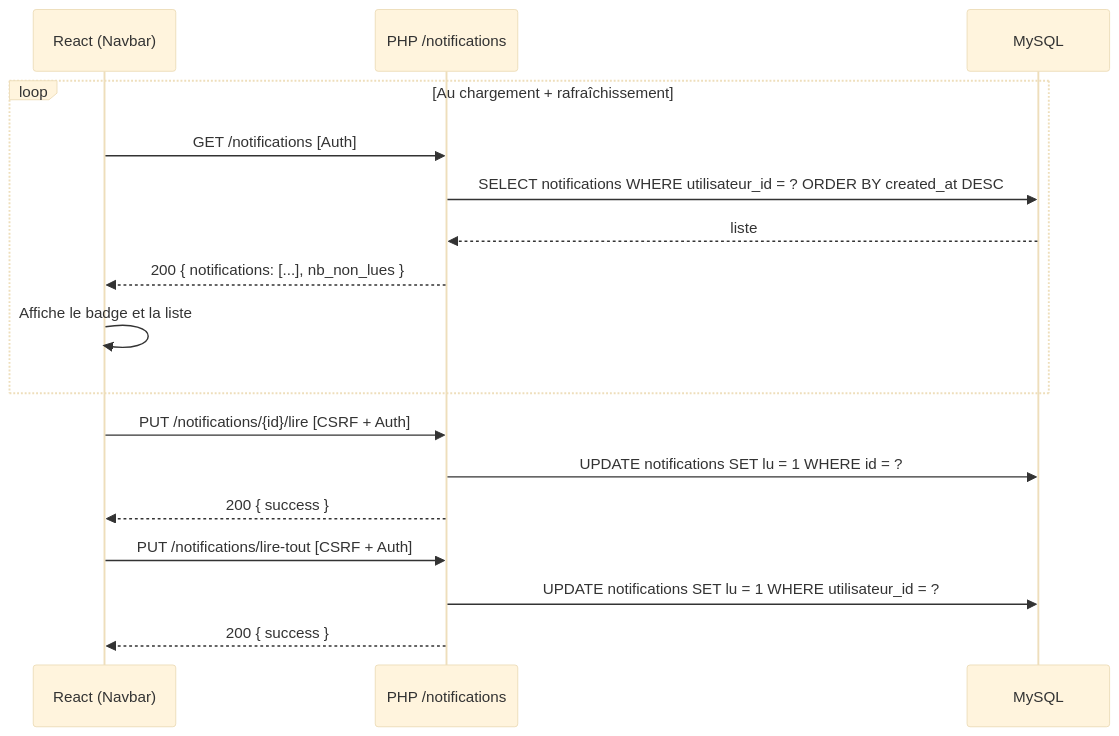
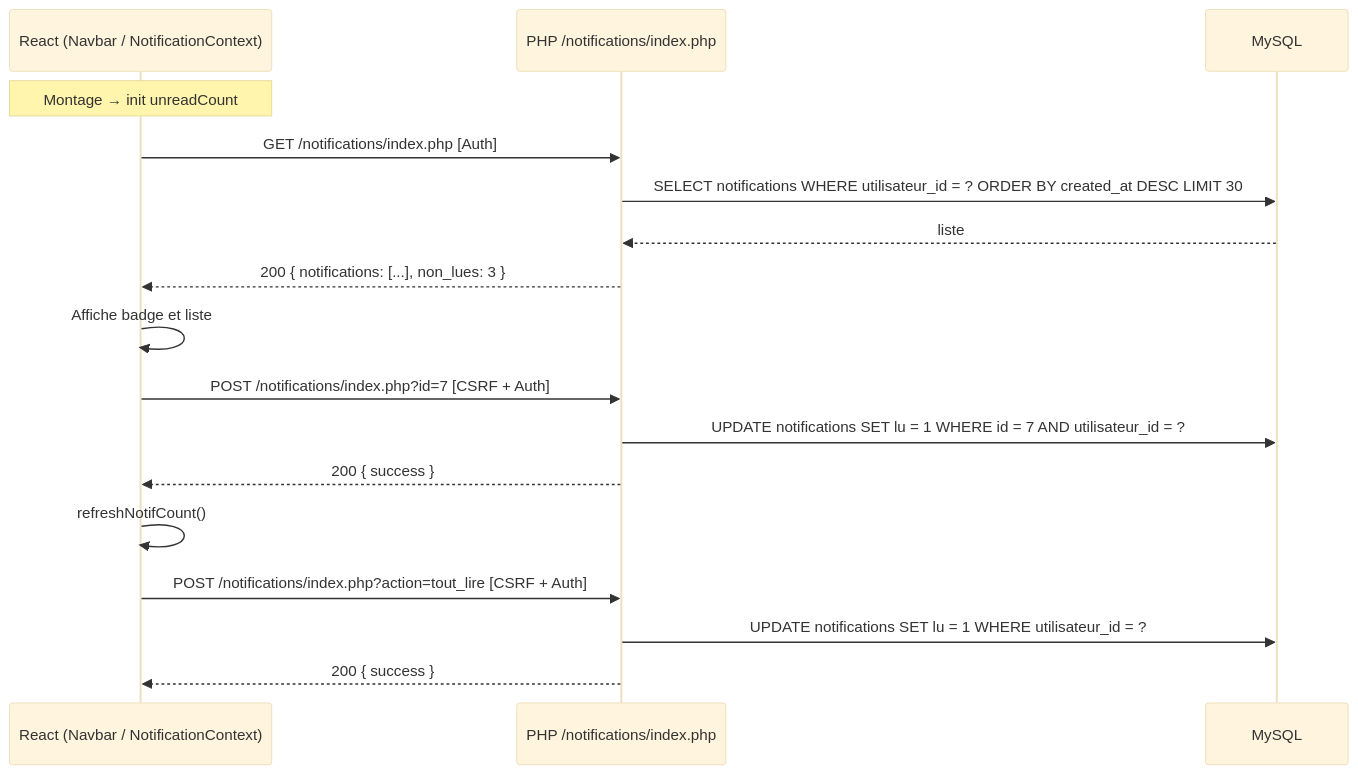
The ninth of 13 diagrams in docs/architecture.md (zendarc147/Mercato-Nova), drawn with Mermaid (base theme) before and after one commit. The commit also changed other lines of this file and 33 other files, not shown here.

Commit message:
feat: intégration finale livrable 2 — pages, API, notifications, profil, admin

````diff
--- a/docs/architecture.md
+++ b/docs/architecture.md
@@ -325,22 +405,22 @@
 ```mermaid
 sequenceDiagram
-    participant F as React (Navbar)
-    participant API as PHP /notifications
+    participant F as React (Navbar / NotificationContext)
+    participant API as PHP /notifications/index.php
     participant DB as MySQL
 
-    loop Au chargement + rafraîchissement
-        F->>API: GET /notifications  [Auth]
-        API->>DB: SELECT notifications WHERE utilisateur_id = ? ORDER BY created_at DESC
-        DB-->>API: liste
-        API-->>F: 200 { notifications: [...], nb_non_lues }
-        F->>F: Affiche le badge et la liste
-    end
+    Note over F: Montage → init unreadCount
+    F->>API: GET /notifications/index.php  [Auth]
+    API->>DB: SELECT notifications WHERE utilisateur_id = ? ORDER BY created_at DESC LIMIT 30
+    DB-->>API: liste
+    API-->>F: 200 { notifications: [...], non_lues: 3 }
+    F->>F: Affiche badge et liste
 
-    F->>API: PUT /notifications/{id}/lire  [CSRF + Auth]
-    API->>DB: UPDATE notifications SET lu = 1 WHERE id = ?
+    F->>API: POST /notifications/index.php?id=7  [CSRF + Auth]
+    API->>DB: UPDATE notifications SET lu = 1 WHERE id = 7 AND utilisateur_id = ?
     API-->>F: 200 { success }
+    F->>F: refreshNotifCount()
 
-    F->>API: PUT /notifications/lire-tout  [CSRF + Auth]
+    F->>API: POST /notifications/index.php?action=tout_lire  [CSRF + Auth]
     API->>DB: UPDATE notifications SET lu = 1 WHERE utilisateur_id = ?
     API-->>F: 200 { success }
 ```
````
